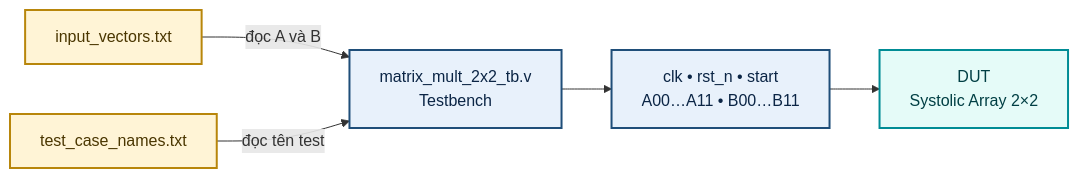
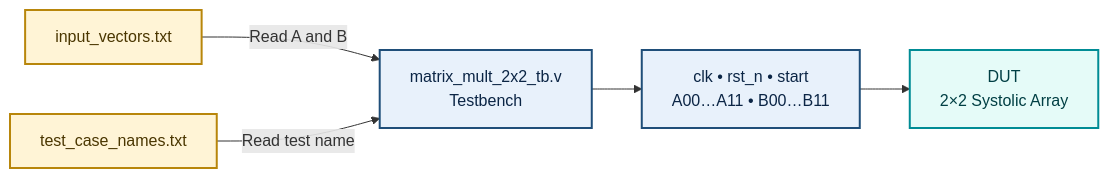
One commit to minhloc203/matrix_mutiplier_2x2 changed the second of 6 diagrams in README.md. Above: the diagram before and after it, drawn with Mermaid. The commit also changed other lines of this file, not shown here.

````diff
--- a/README.md
+++ b/README.md
@@ -168,20 +210,20 @@
 ```mermaid
 flowchart LR
     INPUT["input_vectors.txt"]
     NAME["test_case_names.txt"]
     TB["matrix_mult_2x2_tb.v<br/>Testbench"]
     SIGNAL["clk • rst_n • start<br/>A00…A11 • B00…B11"]
-    DUT["DUT<br/>Systolic Array 2×2"]
+    DUT["DUT<br/>2×2 Systolic Array"]
 
-    INPUT -->|đọc A và B| TB
-    NAME -->|đọc tên test| TB
+    INPUT -->|Read A and B| TB
+    NAME -->|Read test name| TB
     TB --> SIGNAL
     SIGNAL --> DUT
 
     classDef software fill:#E8F1FB,stroke:#1F4E79,stroke-width:2px,color:#0B2545;
     classDef data fill:#FFF4D6,stroke:#B8860B,stroke-width:2px,color:#4A3600;
     classDef hardware fill:#E5FBF8,stroke:#008C95,stroke-width:2px,color:#003F44;
     class INPUT,NAME data;
     class TB,SIGNAL software;
     class DUT hardware;
 ```
````
